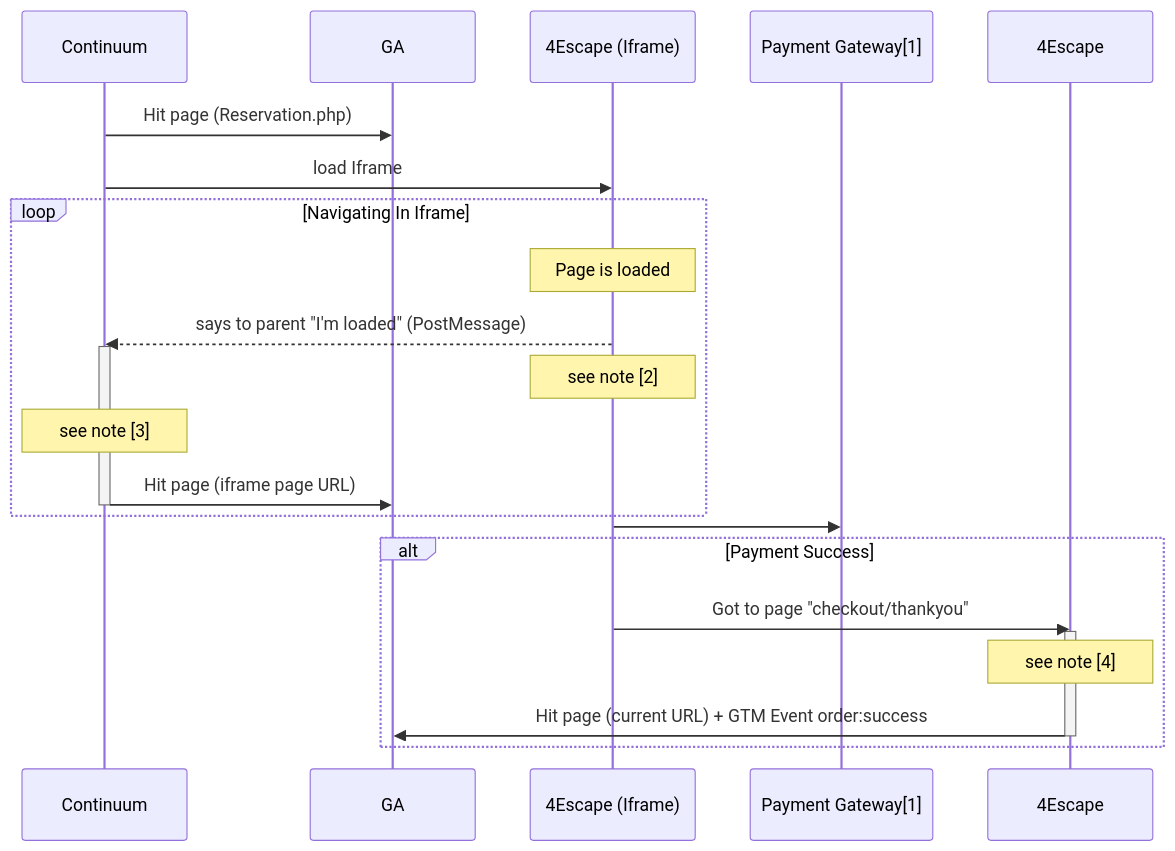
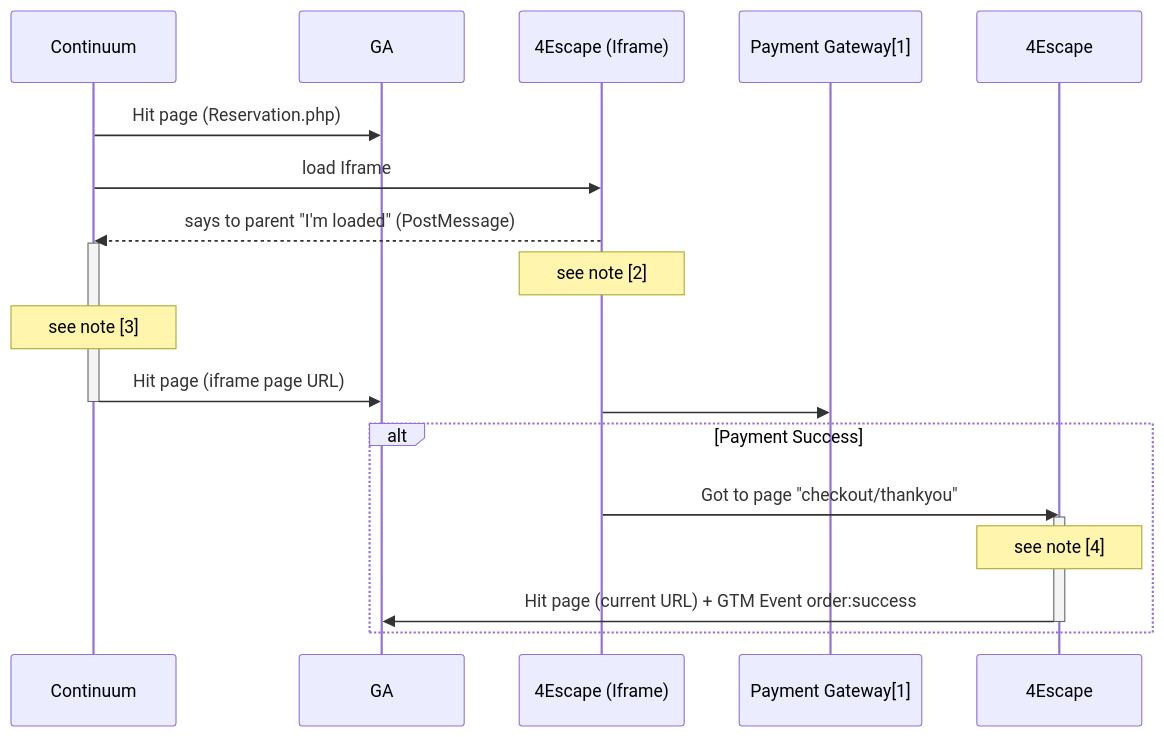
Before and after one commit to NansPellicari/stackEdit: the diagram in doc/continuum/Sequence-session.md, drawn with Mermaid. The commit also changed other lines of this file, not shown here.

Commit message:
doc/continuum/Sequence-session.md updated from https://stackedit.io/

````diff
--- a/doc/continuum/Sequence-session.md
+++ b/doc/continuum/Sequence-session.md
@@ -1,22 +1,19 @@
 ```mermaid
 sequenceDiagram
 Continuum->>GA: Hit page (Reservation.php) 
 Continuum->>4Escape (Iframe): load Iframe 
-loop Navigating In Iframe
-	Note over 4Escape (Iframe): Page is loaded
-	4Escape (Iframe)-->>Continuum: says to parent "I'm loaded" (PostMessage)
-	activate Continuum
-	Note over 4Escape (Iframe): see note  [2]
-	Note over Continuum: see note [3]
-	Continuum->>GA: Hit page (iframe page URL)
-	deactivate Continuum
-end
+4Escape (Iframe)-->>Continuum: says to parent "I'm loaded" (PostMessage)
+activate Continuum
+Note over 4Escape (Iframe): see note  [2]
+Note over Continuum: see note [3]
+Continuum->>GA: Hit page (iframe page URL)
+deactivate Continuum
 4Escape (Iframe)->>Payment Gateway[1]: 
 alt Payment Success
 	4Escape (Iframe)->>4Escape: Got to page "checkout/thankyou"
 	activate 4Escape
 	Note over 4Escape: see note [4]
 	4Escape->>GA: Hit page (current URL) + GTM Event order:success
 	deactivate 4Escape
 end
 ```
````
